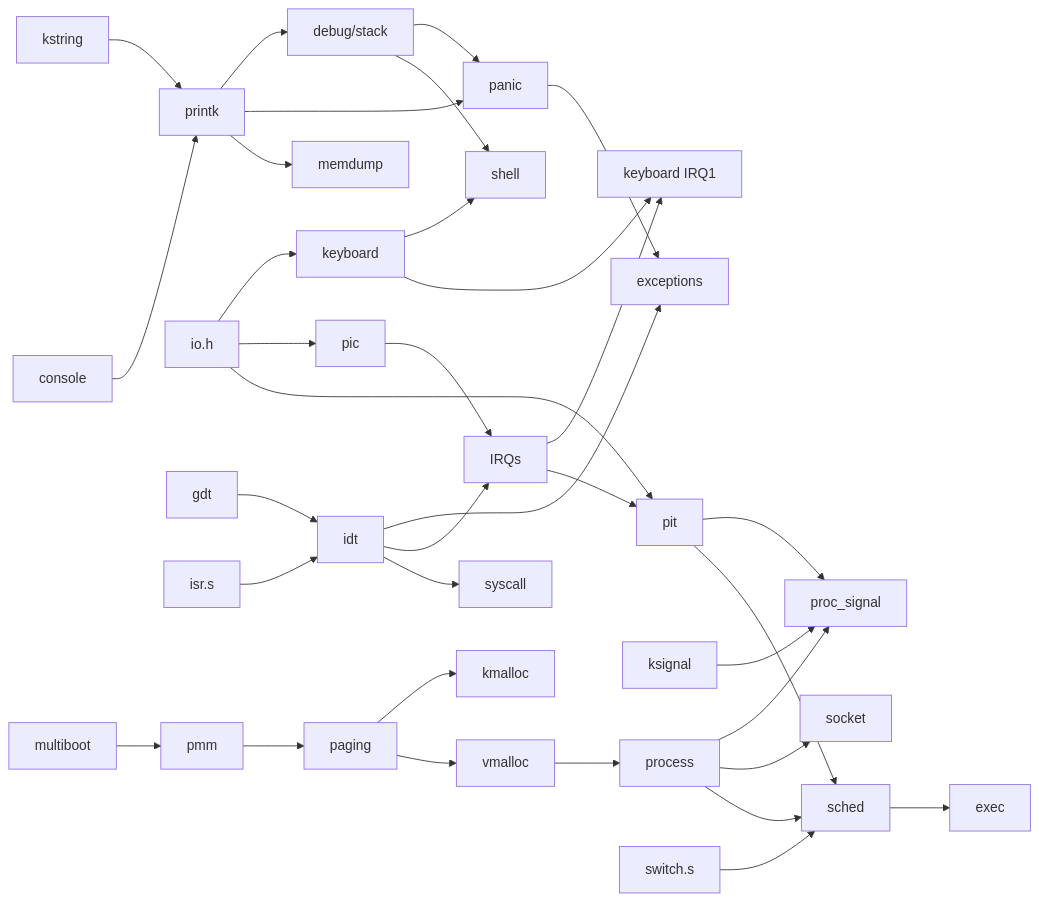
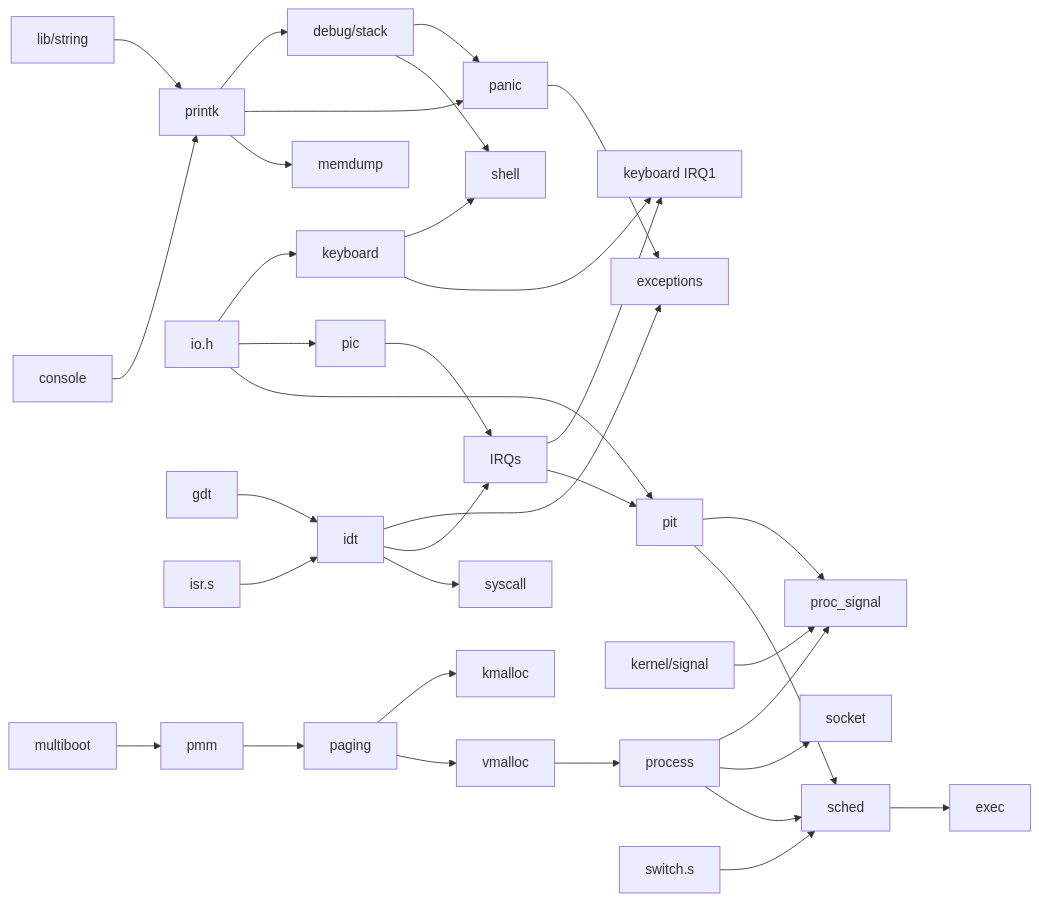
The diagram in docs/ROADMAP.md (moha-bekh/kfs), drawn with Mermaid before and after one commit. The commit also changed other lines of this file and 90 other files, not shown here.

````diff
--- a/docs/ROADMAP.md
+++ b/docs/ROADMAP.md
@@ -11,40 +11,40 @@
 ```mermaid
 graph LR
-  kstring --> printk
+  string[lib/string] --> printk
   console --> printk
   io[io.h] --> keyboard
   io --> pic
   io --> pit
 
   printk --> stack[debug/stack]
   printk --> panic
   printk --> memdump
   gdt --> idt
   isr[isr.s] --> idt
   stack --> panic
   keyboard --> shell
   stack --> shell
 
   multiboot --> pmm --> paging
   paging --> kmalloc
   paging --> vmalloc
 
   idt --> exceptions
   panic --> exceptions
   idt --> pic_irq[IRQs]
   pic --> pic_irq
   pic_irq --> keyboard_irq[keyboard IRQ1]
   keyboard --> keyboard_irq
   pic_irq --> pit
   idt --> syscall
-  ksignal --> proc_signal
+  ksignal[kernel/signal] --> proc_signal
 
   vmalloc --> process
   process --> proc_signal
   pit --> proc_signal
   process --> socket
   process --> sched
   pit --> sched
   switch[switch.s] --> sched
   sched --> exec
 ```
````
